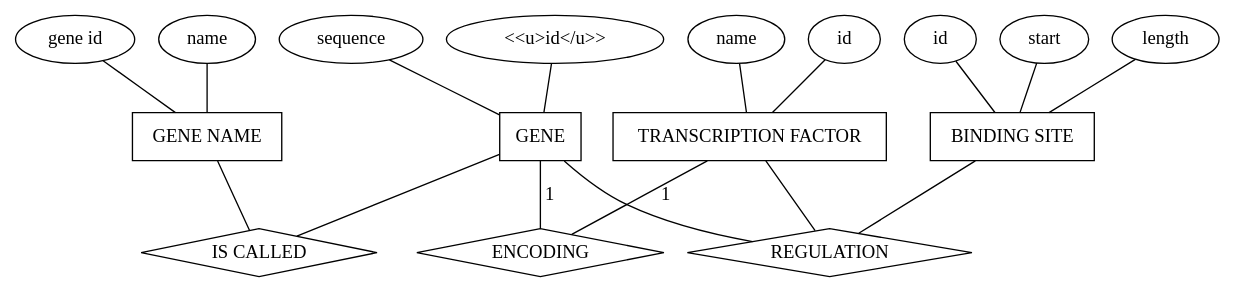
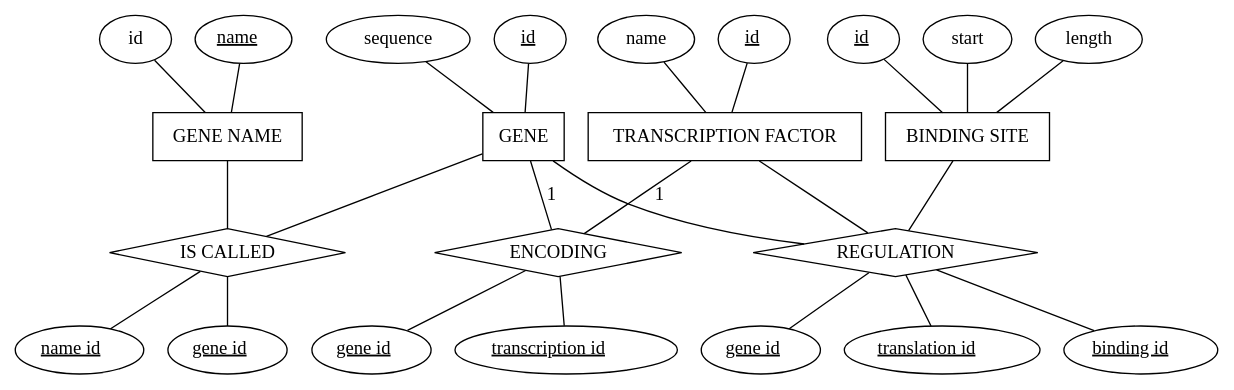
One commit to crashh/DM847-Introduction-to-Bioinformatics changed the diagram in graph.dot. Above: the diagram before and after it, drawn with Graphviz.

Commit message:
bedre graf

```diff
--- a/graph.dot
+++ b/graph.dot
@@ -1,39 +1,67 @@
 graph g {
 	GENE[shape=box]
 	"BINDING SITE"[shape=box]
 	"GENE NAME"[shape=box]
 	"TRANSCRIPTION FACTOR"[shape=box]
-	
+	GENE "BINDING SITE" "GENE NAME" "TRANSCRIPTION FACTOR" [rank=same]
+	"IS CALLED" "ENCODING" "REGULATION" [rank=same]
+
 	"IS CALLED" [shape=diamond]
 	ENCODING [shape=diamond]
 	REGULATION [shape=diamond]
 
 	GENE -- ENCODING [label=" 1"]
 	"TRANSCRIPTION FACTOR" -- ENCODING [label=" 1"]
 
-	gene_id [label="<<u>id</u>>"]
+	gene_id [label=<<u>id</u>>]
 	gene_id -- GENE
 	gene_sequence [label=sequence]
 	gene_sequence -- GENE
 
-	gene_name [label="name"]
-	gene_name_id [label="gene id"]
+	gene_name [label=<<u>name</u>>]
+	gene_name_id [label="id"]
 
 	gene_name -- "GENE NAME"
 	gene_name_id -- "GENE NAME"
 
-	binding_id[label="id"]
+	binding_id[label=<<u>id</u>>]
 	start -- "BINDING SITE"
 	length -- "BINDING SITE"
 	binding_id -- "BINDING SITE"
-	transcription_id[label="id"]
+
+	transcription_id[label=<<u>id</u>>]
 	transcription_name[label="name"]
 	transcription_id -- "TRANSCRIPTION FACTOR"
 	transcription_name -- "TRANSCRIPTION FACTOR"
+
+	"IS CALLED" -- gene_id_called
+	"IS CALLED" -- gene_name_id_called
+
+	gene_id_called[label=<<u>gene id</u>>]
+	gene_name_id_called[label=<<u>name id</u>>]
+
+	subgraph {
+	rank=same
+	encoding_gene_id [label=<<u>gene id</u>>]
+	encoding_trans_id [label=<<u>transcription id</u>>]
+	}
+	encoding_gene_id -- ENCODING -- encoding_trans_id
+	
+	subgraph {
+	rank=same
+	regulation_binding_id [label=<<u>binding id</u>>]
+	regulation_gene_id    [label=<<u>gene id</u>>]
+	regulation_trans_id   [label=<<u>translation id</u>>]
+	}
+	
+	regulation_binding_id -- REGULATION -- regulation_gene_id
+	REGULATION -- regulation_trans_id
 
 	GENE -- REGULATION
 	"TRANSCRIPTION FACTOR" -- REGULATION
 	"BINDING SITE" -- REGULATION
 	"GENE NAME" -- "IS CALLED"
+
 	GENE -- "IS CALLED"
+	
 }
```
